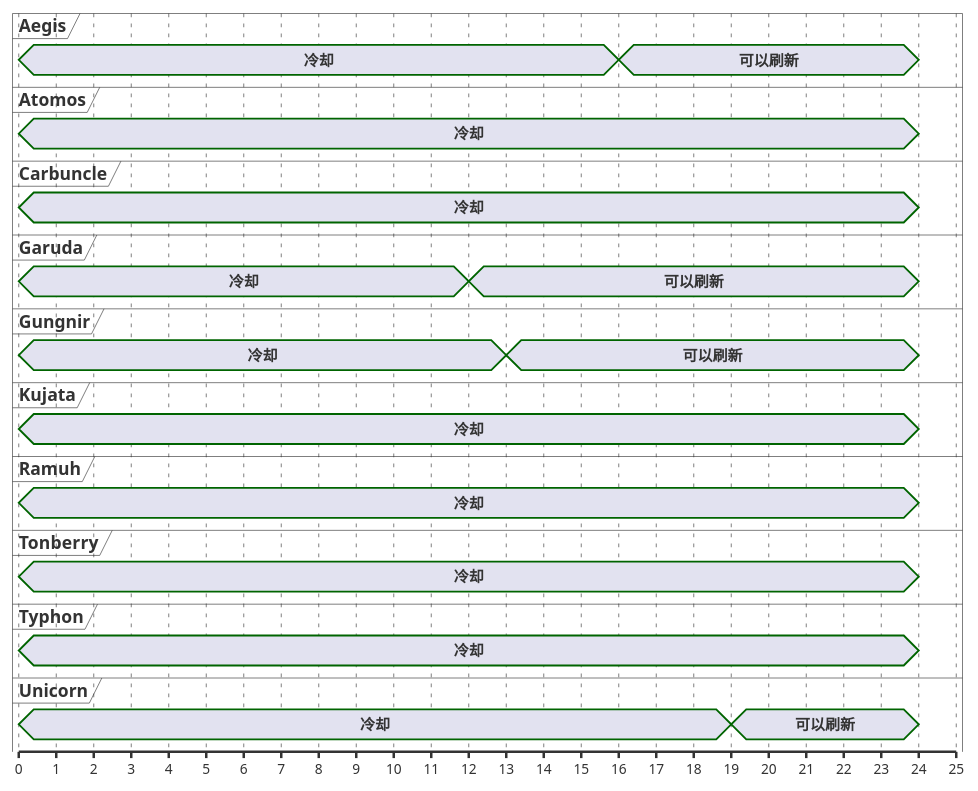
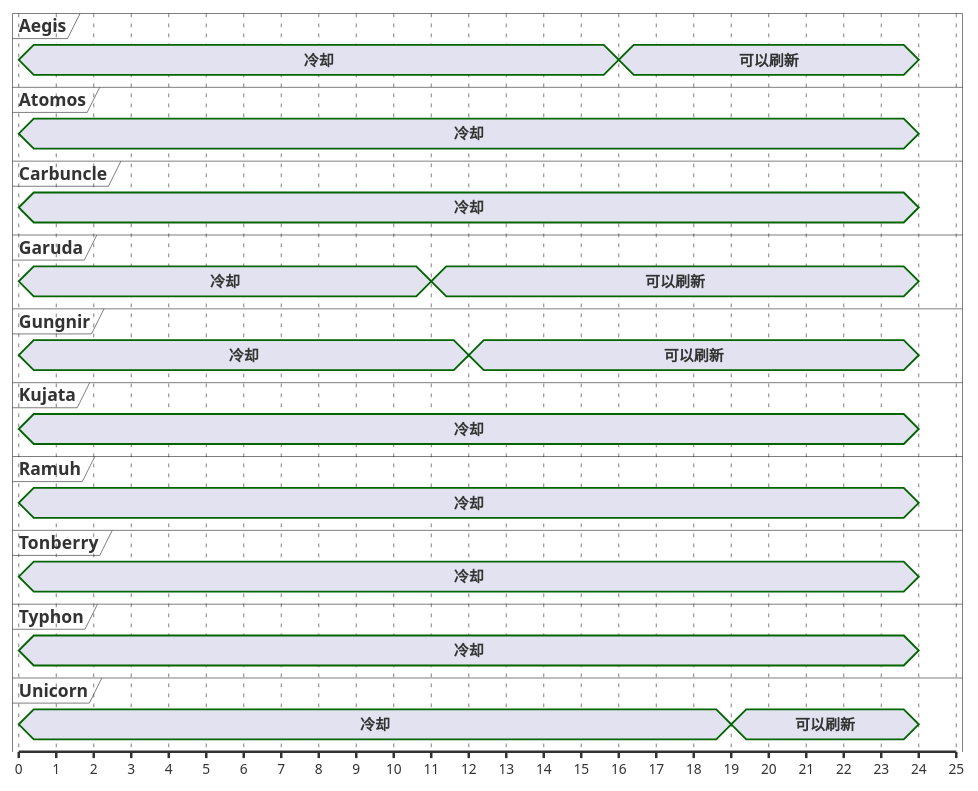
One commit to Eroleice/doc-pi changed the fifth of 13 diagrams in ffxiv/hunt/6.0/Armstrong.md. Above: the diagram before and after it, drawn with PlantUML. The commit also changed other lines of this file and 38 other files, not shown here.

````diff
--- a/ffxiv/hunt/6.0/Armstrong.md
+++ b/ffxiv/hunt/6.0/Armstrong.md
@@ -437,61 +437,61 @@
 ```plantuml
 @startuml
 scale 1 as 30 pixels
 
 concise Aegis
 concise Atomos
 concise Carbuncle
 concise Garuda
 concise Gungnir
 concise Kujata
 concise Ramuh
 concise Tonberry
 concise Typhon
 concise Unicorn
 
 @Garuda
 0 is 冷却
-12 is 可以刷新
+11 is 可以刷新
 24 is {hidden}
 
 @Gungnir
 0 is 冷却
-13 is 可以刷新
+12 is 可以刷新
 24 is {hidden}
 
 @Aegis
 0 is 冷却
 16 is 可以刷新
 24 is {hidden}
 
 @Unicorn
 0 is 冷却
 19 is 可以刷新
 24 is {hidden}
 
 @Kujata
 0 is 冷却
 24 is {hidden}
 
 @Ramuh
 0 is 冷却
 24 is {hidden}
 
 @Carbuncle
 0 is 冷却
 24 is {hidden}
 
 @Typhon
 0 is 冷却
 24 is {hidden}
 
 @Atomos
 0 is 冷却
 24 is {hidden}
 
 @Tonberry
 0 is 冷却
 24 is {hidden}
 
 @enduml
 ```
````
